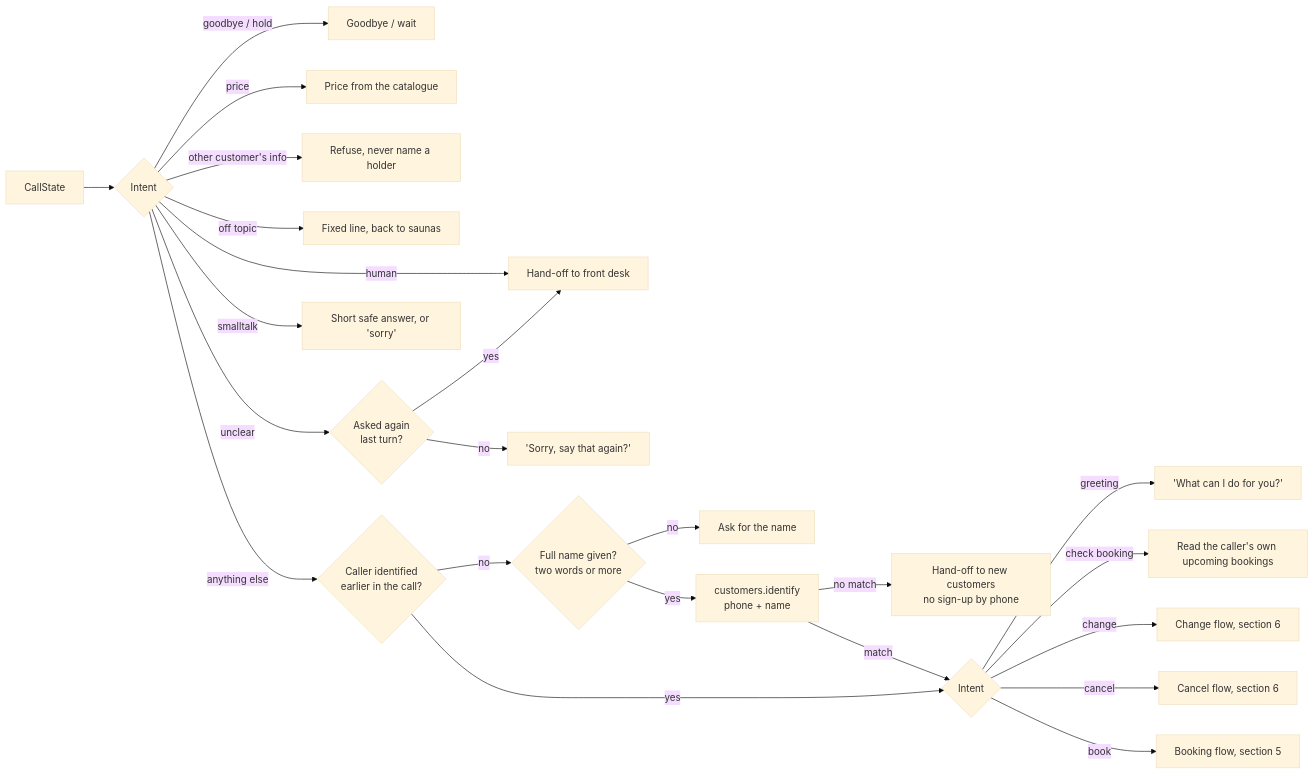
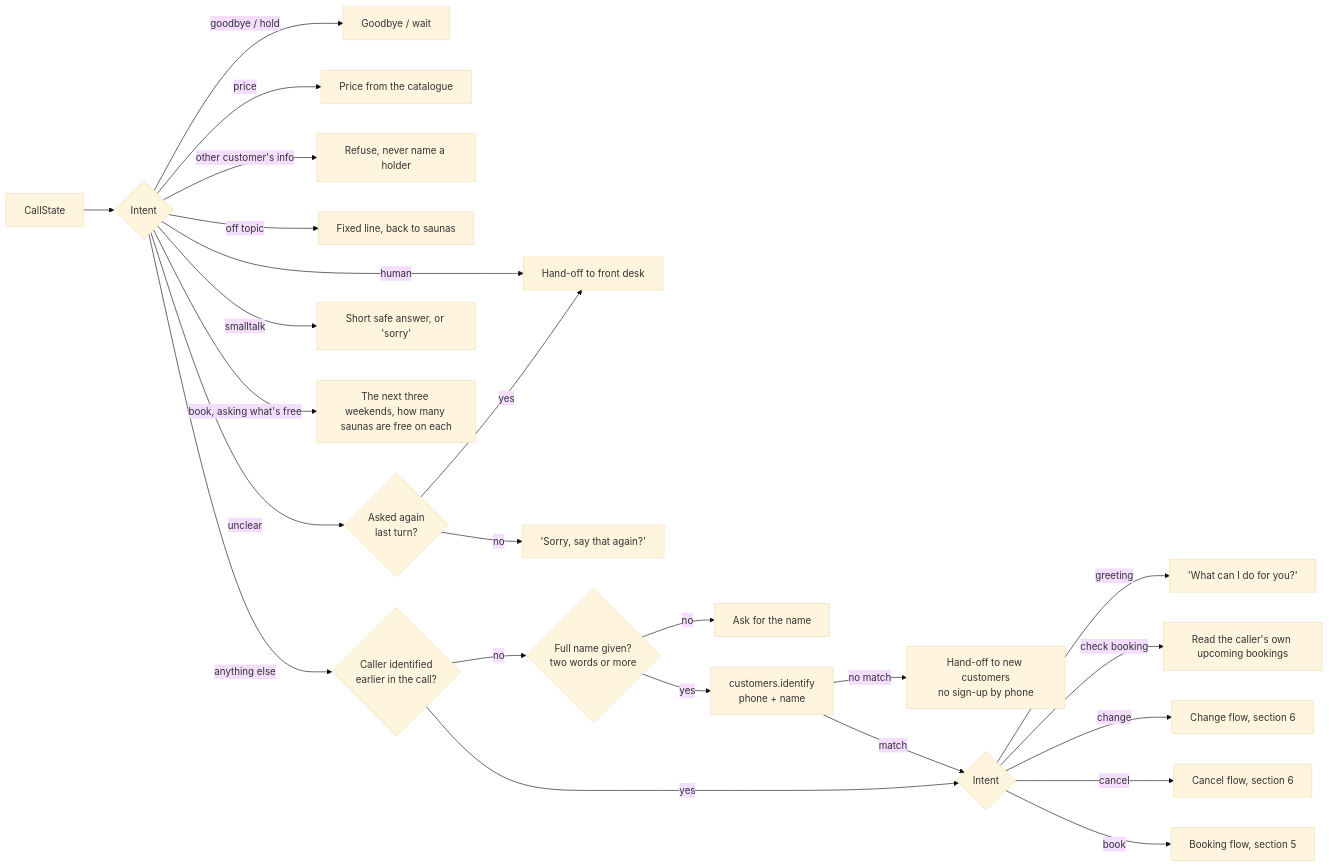
The third of 5 diagrams in docs/architecture/logic-flow.md (GoxMAN8/pirtis-on-wheels), drawn with Mermaid (base theme) before and after one commit. The commit also changed other lines of this file and 13 other files, not shown here.

````diff
--- a/docs/architecture/logic-flow.md
+++ b/docs/architecture/logic-flow.md
@@ -98,25 +121,26 @@
 ```mermaid
 flowchart LR
   s["CallState"] --> open{"Intent"}
   open -->|"human"| h["Hand-off to front desk"]
   open -->|"goodbye / hold"| gh["Goodbye / wait"]
   open -->|"price"| pr["Price from the catalogue"]
   open -->|"other customer's info"| rf["Refuse, never name a holder"]
   open -->|"off topic"| ot["Fixed line, back to saunas"]
   open -->|"unclear"| un{"Asked again<br/>last turn?"}
   un -->|"no"| so["'Sorry, say that again?'"]
   un -->|"yes"| h
   open -->|"smalltalk"| sm["Short safe answer, or 'sorry'"]
+  open -->|"book, asking what's free"| fd["The next three weekends, how many saunas are free on each"]
   open -->|"anything else"| idq{"Caller identified<br/>earlier in the call?"}
   idq -->|"no"| full{"Full name given?<br/>two words or more"}
   full -->|"no"| askn["Ask for the name"]
   full -->|"yes"| ident["customers.identify<br/>phone + name"]
   ident -->|"no match"| nc["Hand-off to new customers<br/>no sign-up by phone"]
   ident -->|"match"| intent2{"Intent"}
   idq -->|"yes"| intent2
   intent2 -->|"greeting"| need["'What can I do for you?'"]
   intent2 -->|"check booking"| rd["Read the caller's own upcoming bookings"]
   intent2 -->|"change"| ch["Change flow, section 6"]
   intent2 -->|"cancel"| ca["Cancel flow, section 6"]
   intent2 -->|"book"| bk["Booking flow, section 5"]
 ```
````
